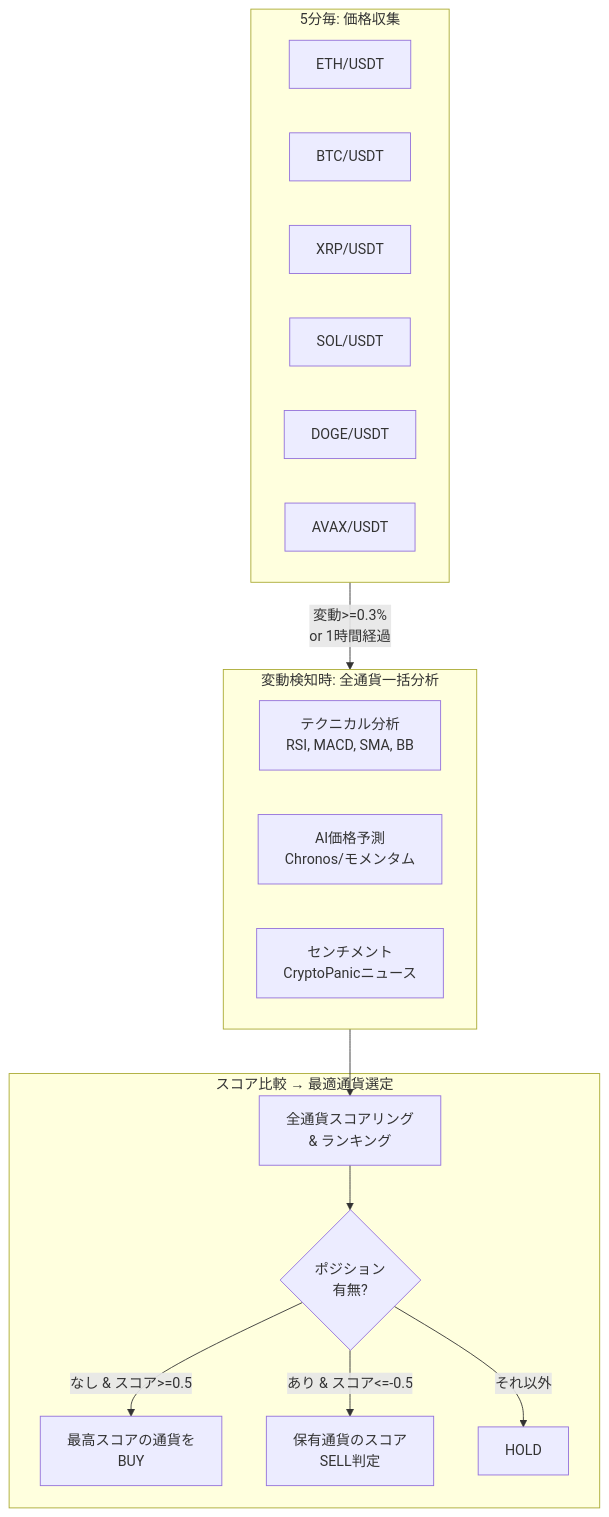
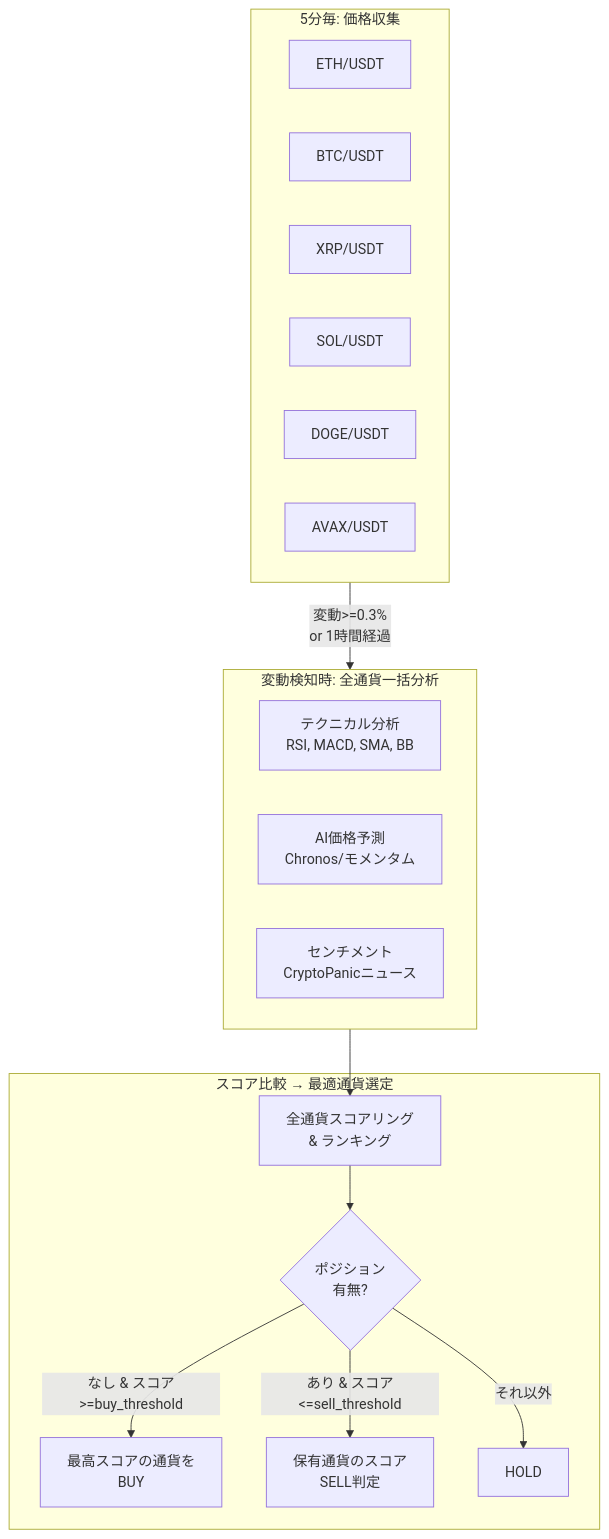
The diagram in docs/trading-strategy.md (kiikun0530/crypto-trader), drawn with Mermaid before and after one commit. The commit also changed other lines of this file and 4 other files, not shown here.

````diff
--- a/docs/trading-strategy.md
+++ b/docs/trading-strategy.md
@@ -9,27 +9,27 @@
 ```mermaid
 flowchart TD
     subgraph 収集["5分毎: 価格収集"]
         P1["ETH/USDT"] & P2["BTC/USDT"] & P3["XRP/USDT"] & P4["SOL/USDT"] & P5["DOGE/USDT"] & P6["AVAX/USDT"]
     end
 
     subgraph 分析["変動検知時: 全通貨一括分析"]
         A1["テクニカル分析<br/>RSI, MACD, SMA, BB"]
         A2["AI価格予測<br/>Chronos/モメンタム"]
         A3["センチメント<br/>CryptoPanicニュース"]
     end
 
     subgraph 判定["スコア比較 → 最適通貨選定"]
         S["全通貨スコアリング<br/>& ランキング"]
         D{"ポジション<br/>有無?"}
         BUY["最高スコアの通貨を<br/>BUY"]
         SELL["保有通貨のスコア<br/>SELL判定"]
         HOLD["HOLD"]
     end
 
     収集 -->|"変動>=0.3%<br/>or 1時間経過"| 分析
     分析 --> S
     S --> D
-    D -->|"なし & スコア>=0.5"| BUY
-    D -->|"あり & スコア<=-0.5"| SELL
+    D -->|"なし & スコア>=buy_threshold"| BUY
+    D -->|"あり & スコア<=sell_threshold"| SELL
     D -->|"それ以外"| HOLD
 ```
````
